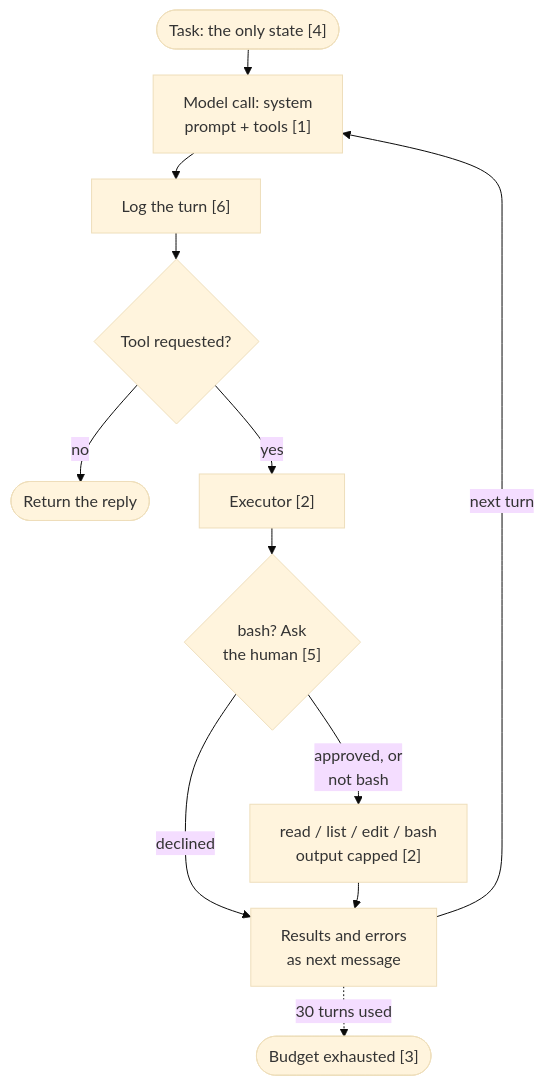
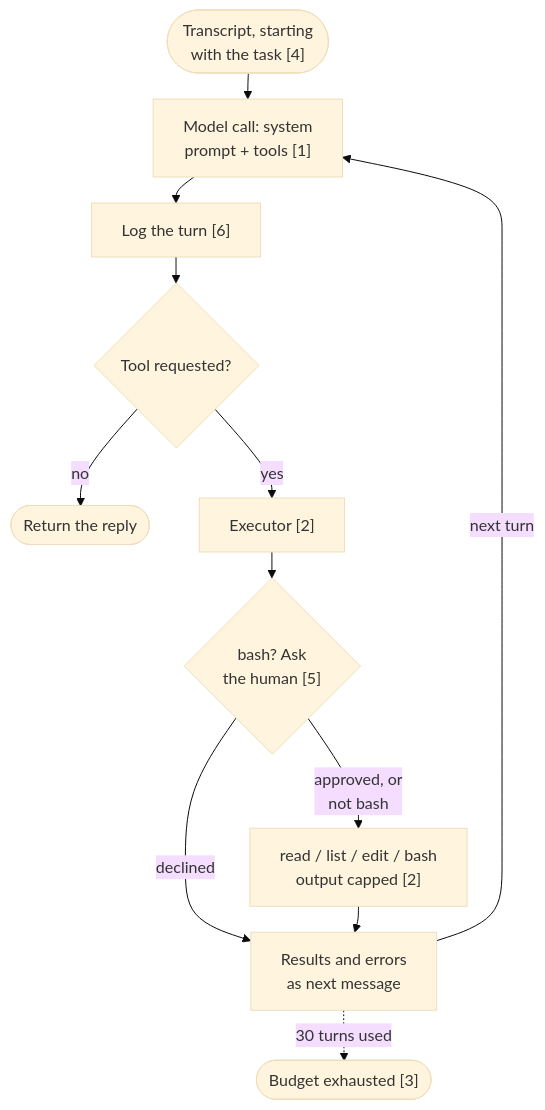
The diagram in diagrams/src/minimal-coding-agent.mmd (joshxinjie/agentic-harness-notes), drawn with Mermaid (base theme) before and after one commit. The commit also changed 26 other files, not shown here.

```diff
--- a/diagrams/src/minimal-coding-agent.mmd
+++ b/diagrams/src/minimal-coding-agent.mmd
@@ -1,13 +1,13 @@
 %%{init: {"flowchart": {"rankSpacing": 26}}}%%
 flowchart TD
-    T(["Task: the only state [4]"]) --> C
+    T(["Transcript, starting<br>with the task [4]"]) --> C
     C["Model call: system<br>prompt + tools [1]"] --> L["Log the turn [6]"]
     L --> Q{"Tool requested?"}
     Q -->|"no"| D(["Return the reply"])
     Q -->|"yes"| X["Executor [2]"]
     X --> G{"bash? Ask<br>the human [5]"}
     G -->|"declined"| R
     G -->|"approved, or<br>not bash"| F["read / list / edit / bash<br>output capped [2]"]
     F --> R["Results and errors<br>as next message"]
     R -->|"next turn"| C
     R -.->|"30 turns used"| B(["Budget exhausted [3]"])
```
